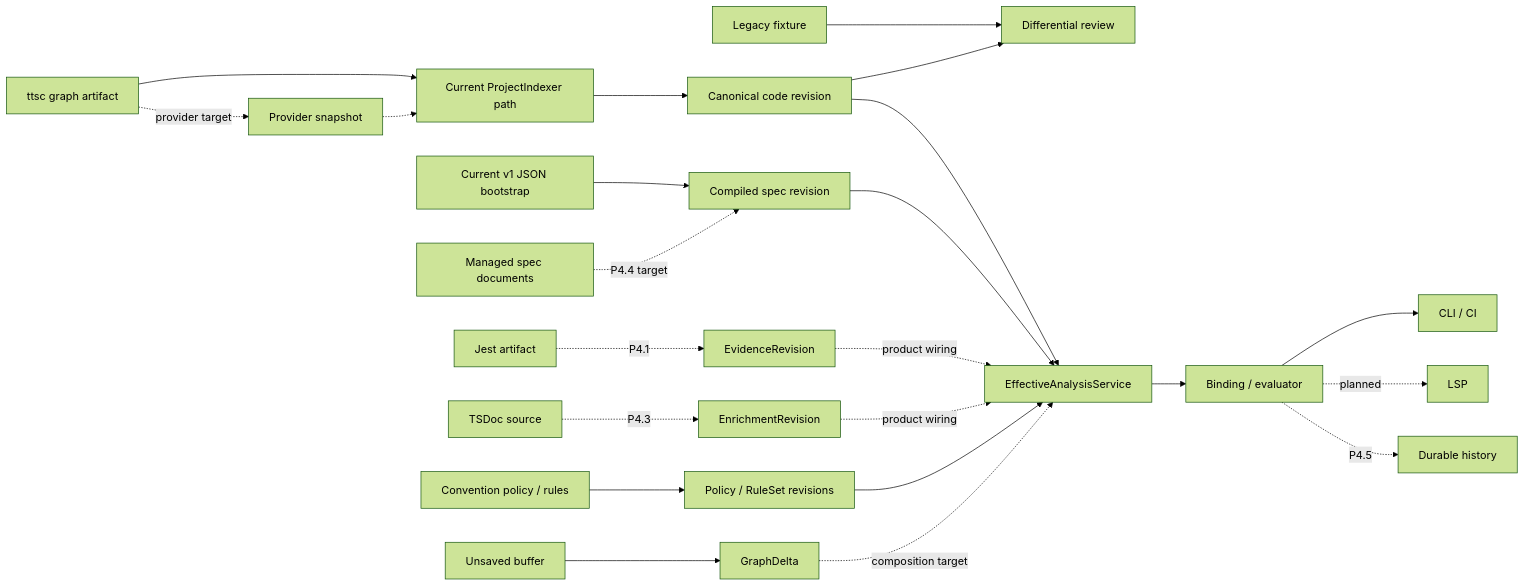
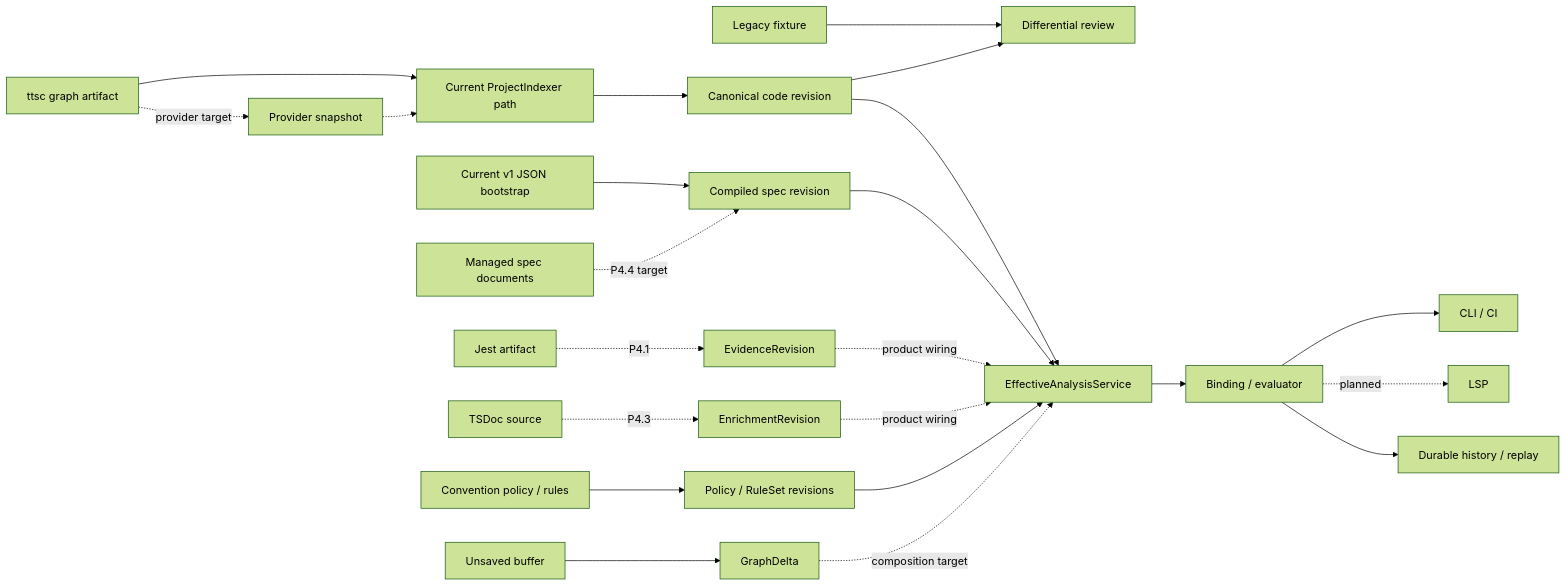
Before and after one commit to mineclover/tsdoc-edge: the diagram in managed/workflows/semantic-graph-spec-governance-roadmap.md, drawn with Mermaid (forest theme). The commit also changed other lines of this file and 3 other files, not shown here.

````diff
--- a/managed/workflows/semantic-graph-spec-governance-roadmap.md
+++ b/managed/workflows/semantic-graph-spec-governance-roadmap.md
@@ -187,27 +187,27 @@
 ```mermaid
 flowchart LR
     LEGACY["Legacy fixture"] --> DIFF["Differential review"]
     ROUTER["ttsc graph artifact"] --> INDEXER["Current ProjectIndexer path"]
     ROUTER -. "provider target" .-> PROVIDER["Provider snapshot"]
     PROVIDER -.-> INDEXER
     INDEXER --> CODE["Canonical code revision"]
     CODE --> DIFF
 
     BOOT["Current v1 JSON bootstrap"] --> SPEC["Compiled spec revision"]
     DOC["Managed spec documents"] -. "P4.4 target" .-> SPEC
     TEST["Jest artifact"] -. "P4.1" .-> EVIDENCE["EvidenceRevision"]
     TSDOC["TSDoc source"] -. "P4.3" .-> ENRICH["EnrichmentRevision"]
     PACK["Convention policy / rules"] --> POLICY["Policy / RuleSet revisions"]
     BUFFER["Unsaved buffer"] --> DELTA["GraphDelta"]
 
     CODE --> EFFECTIVE["EffectiveAnalysisService"]
     SPEC --> EFFECTIVE
     EVIDENCE -. "product wiring" .-> EFFECTIVE
     ENRICH -. "product wiring" .-> EFFECTIVE
     POLICY --> EFFECTIVE
     DELTA -. "composition target" .-> EFFECTIVE
     EFFECTIVE --> CHECK["Binding / evaluator"]
     CHECK --> CLI["CLI / CI"]
     CHECK -. "planned" .-> LSP["LSP"]
-    CHECK -. "P4.5" .-> HISTORY["Durable history"]
+    CHECK --> HISTORY["Durable history / replay"]
 ```
````
